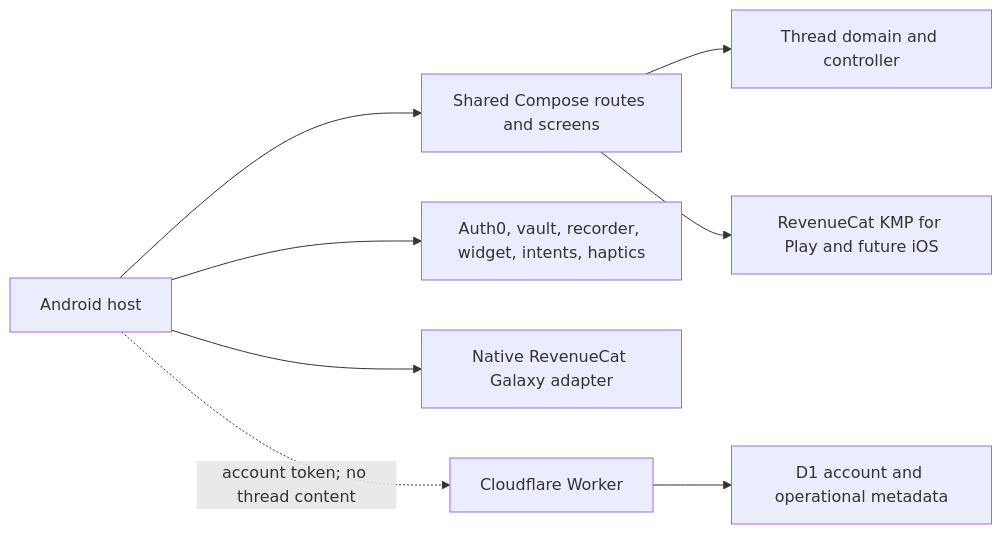
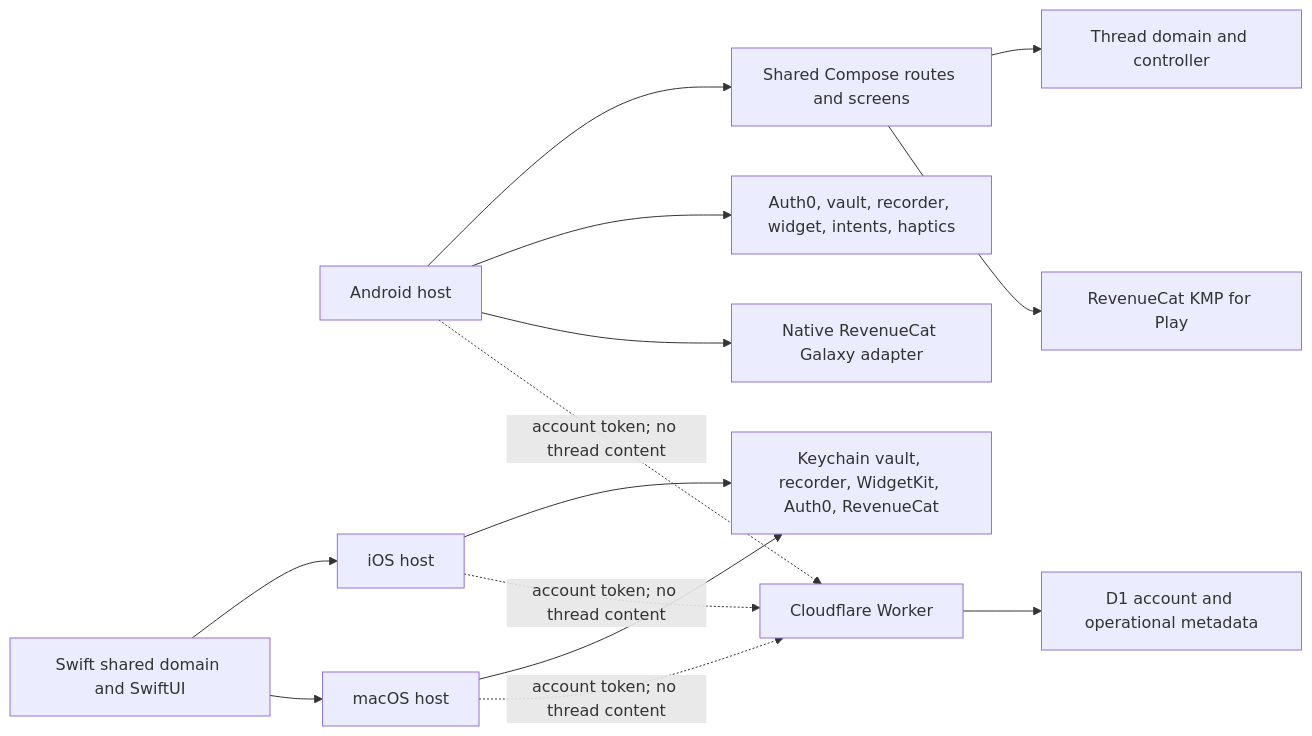
The diagram in restart-thread/KMP_ARCHITECTURE.md (Tec94/revenue-cat-2026), drawn with Mermaid before and after one commit. The commit also changed other lines of this file and 71 other files, not shown here.

````diff
--- a/restart-thread/KMP_ARCHITECTURE.md
+++ b/restart-thread/KMP_ARCHITECTURE.md
@@ -9,10 +10,16 @@
 ```mermaid
 flowchart LR
     UI["Shared Compose routes and screens"] --> D["Thread domain and controller"]
     A["Android host"] --> UI
     A --> N["Auth0, vault, recorder, widget, intents, haptics"]
-    UI --> RK["RevenueCat KMP for Play and future iOS"]
+    UI --> RK["RevenueCat KMP for Play"]
     A --> RG["Native RevenueCat Galaxy adapter"]
+    S["Swift shared domain and SwiftUI"] --> I["iOS host"]
+    S --> M["macOS host"]
+    I --> AN["Keychain vault, recorder, WidgetKit, Auth0, RevenueCat"]
+    M --> AN
     A -. "account token; no thread content" .-> C["Cloudflare Worker"]
+    I -. "account token; no thread content" .-> C
+    M -. "account token; no thread content" .-> C
     C --> DB["D1 account and operational metadata"]
 ```
````
